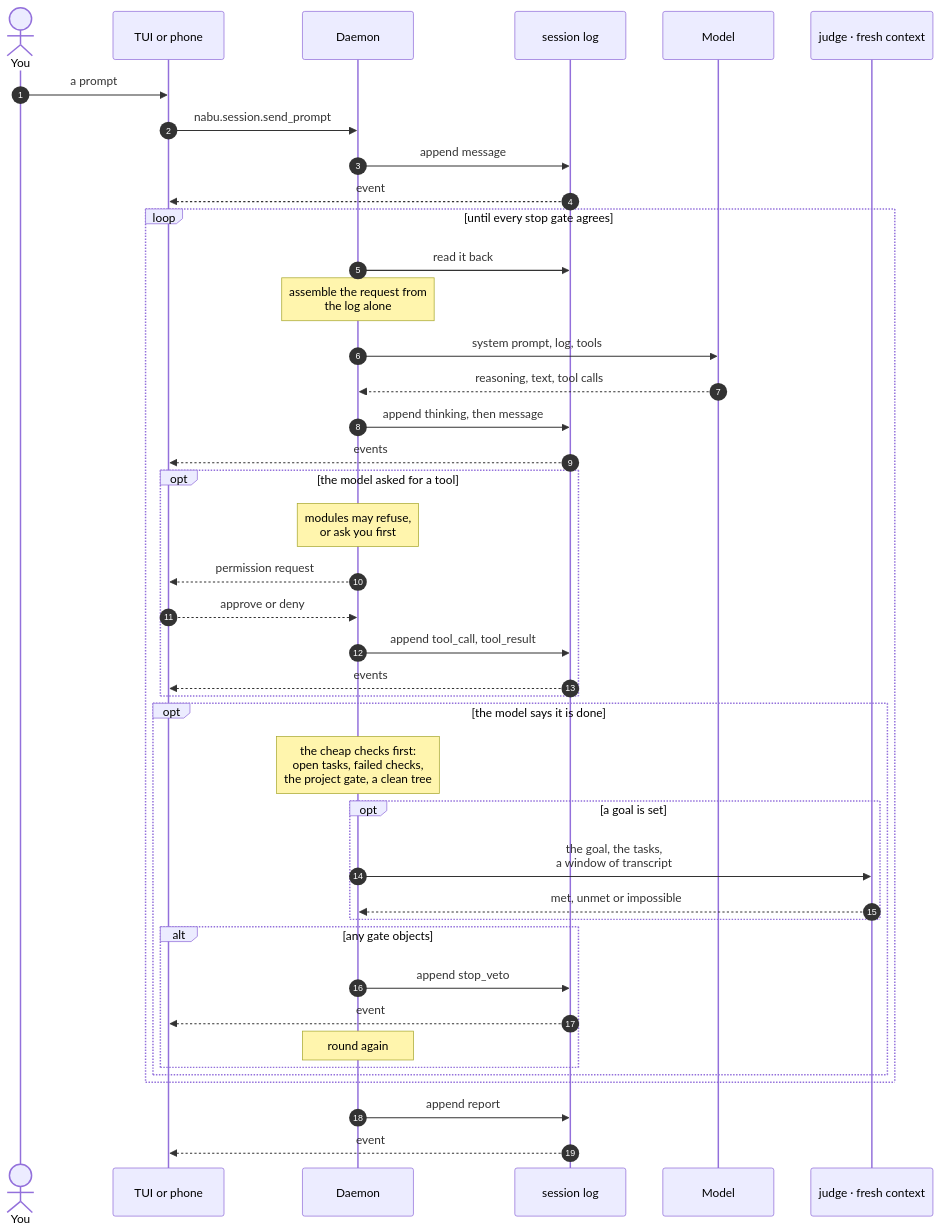
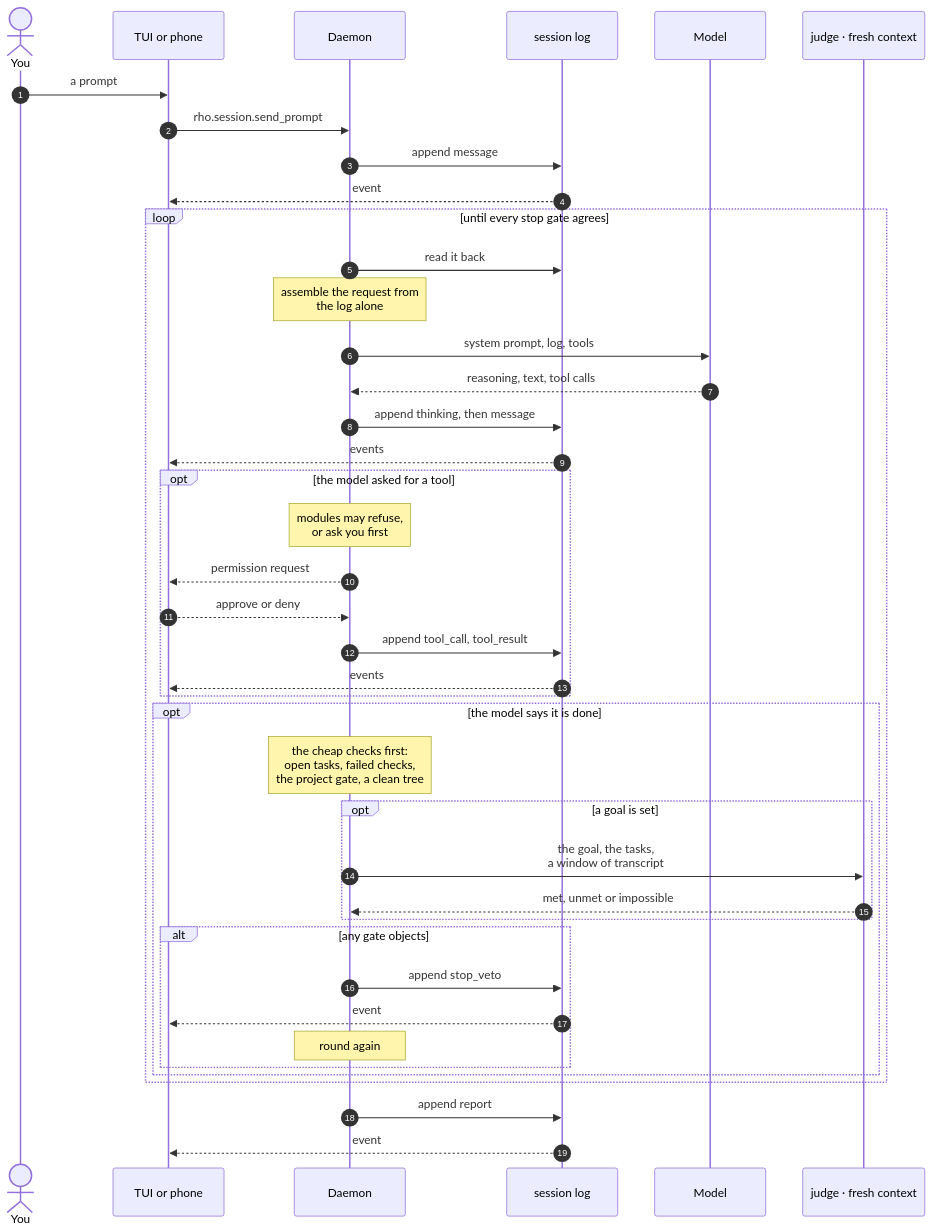
One commit to corporealshift/nabu changed the diagram in docs/how-it-works.md. Above: the diagram before and after it, drawn with Mermaid. The commit also changed other lines of this file and 465 other files, not shown here.

First line of the commit message:
rename: nabu becomes rho

````diff
--- a/docs/how-it-works.md
+++ b/docs/how-it-works.md
@@ -15,48 +15,48 @@
 ```mermaid
 sequenceDiagram
     autonumber
     actor You
     participant Client as TUI or phone
     participant Daemon
     participant Log as session log
     participant Model
     participant Judge as judge · fresh context
 
     You->>Client: a prompt
-    Client->>Daemon: nabu.session.send_prompt
+    Client->>Daemon: rho.session.send_prompt
     Daemon->>Log: append message
     Log-->>Client: event
 
     loop until every stop gate agrees
         Daemon->>Log: read it back
         Note over Daemon: assemble the request from<br/>the log alone
         Daemon->>Model: system prompt, log, tools
         Model-->>Daemon: reasoning, text, tool calls
         Daemon->>Log: append thinking, then message
         Log-->>Client: events
 
         opt the model asked for a tool
             Note over Daemon: modules may refuse,<br/>or ask you first
             Daemon-->>Client: permission request
             Client-->>Daemon: approve or deny
             Daemon->>Log: append tool_call, tool_result
             Log-->>Client: events
         end
 
         opt the model says it is done
             Note over Daemon: the cheap checks first:<br/>open tasks, failed checks,<br/>the project gate, a clean tree
             opt a goal is set
                 Daemon->>Judge: the goal, the tasks,<br/>a window of transcript
                 Judge-->>Daemon: met, unmet or impossible
             end
             alt any gate objects
                 Daemon->>Log: append stop_veto
                 Log-->>Client: event
                 Note over Daemon: round again
             end
         end
     end
 
     Daemon->>Log: append report
     Log-->>Client: event
 ```
````
